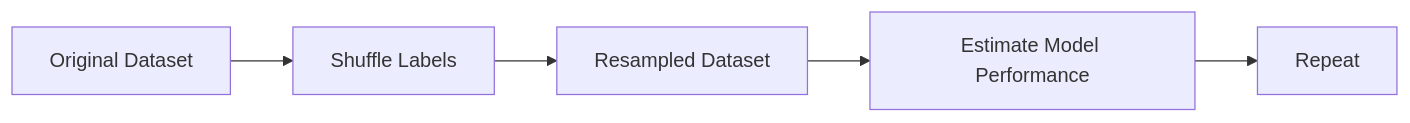
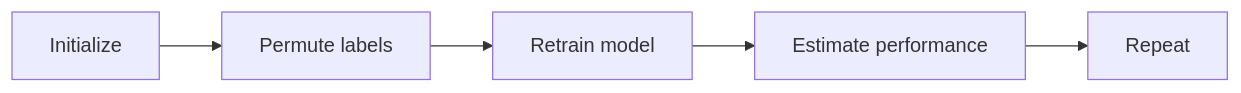
Before and after one commit to blebleblee/synapse: the second of 2 diagrams in topics/computing/ai/foundations_of_ml/04_model_evaluation_and_cross_validation/lesson_04_advanced_evaluation_strategies.md, drawn with Mermaid. The commit also changed other lines of this file and 4 other files, not shown here.

````diff
--- a/topics/computing/ai/foundations_of_ml/04_model_evaluation_and_cross_validation/lesson_04_advanced_evaluation_strategies.md
+++ b/topics/computing/ai/foundations_of_ml/04_model_evaluation_and_cross_validation/lesson_04_advanced_evaluation_strategies.md
@@ -33,7 +27,7 @@
 ```mermaid
 graph LR
-    A[Original Dataset] --> B[Shuffle Labels]
-    B --> C[Resampled Dataset]
-    C --> D[Estimate Model Performance]
+    A[Initialize] --> B[Permute labels]
+    B --> C[Retrain model]
+    C --> D[Estimate performance]
     D --> E[Repeat]
 ```
````
